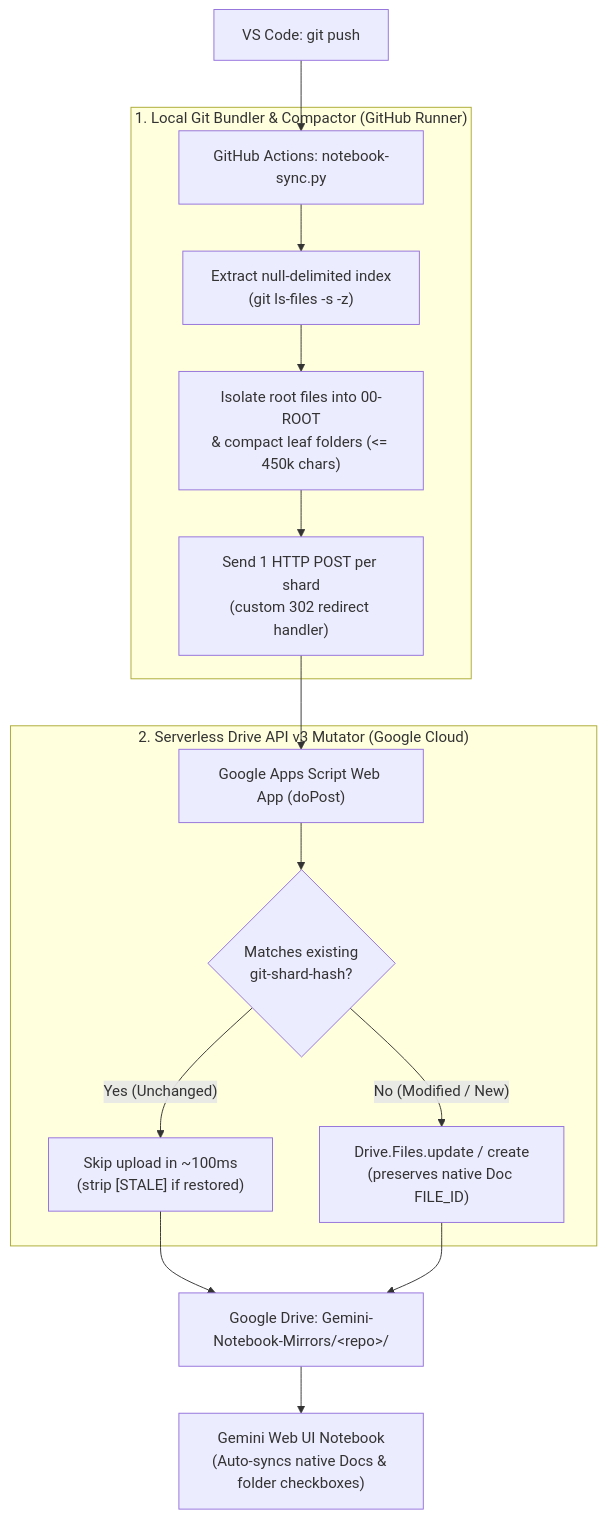
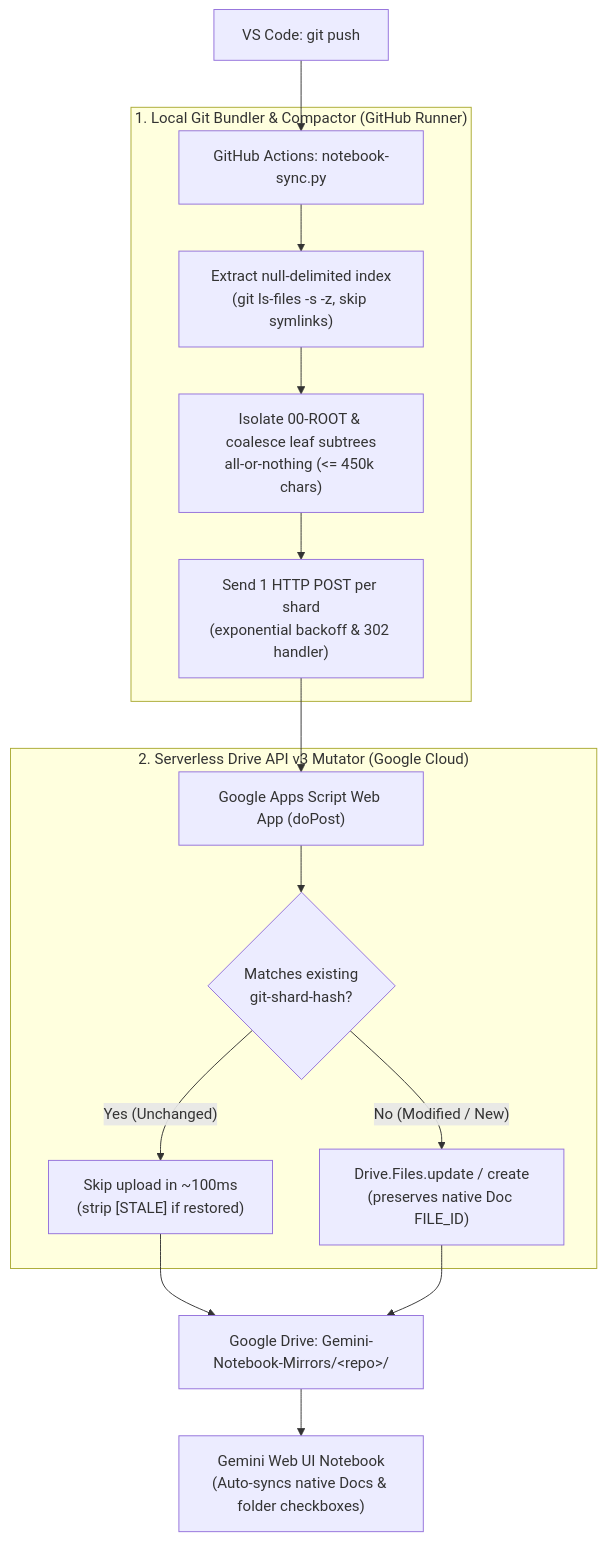
One commit to endean-eng/gemini-notebook-repo-sync changed the diagram in README.md. Above: the diagram before and after it, drawn with Mermaid. The commit also changed other lines of this file and 4 other files, not shown here.

````diff
--- a/README.md
+++ b/README.md
@@ -35,22 +35,22 @@
 ```mermaid
 flowchart TD
     Push["VS Code: git push"] --> GHA["GitHub Actions: notebook-sync.py"]
 
     subgraph Bundler ["1. Local Git Bundler & Compactor (GitHub Runner)"]
-        GHA --> GitIdx["Extract null-delimited index<br/>(git ls-files -s -z)"]
-        GitIdx --> RootIso["Isolate root files into 00-ROOT<br/>& compact leaf folders (<= 450k chars)"]
-        RootIso --> PostShard["Send 1 HTTP POST per shard<br/>(custom 302 redirect handler)"]
+        GHA --> GitIdx["Extract null-delimited index<br/>(git ls-files -s -z, skip symlinks)"]
+        GitIdx --> RootIso["Isolate 00-ROOT & coalesce leaf subtrees<br/>all-or-nothing (<= 450k chars)"]
+        RootIso --> PostShard["Send 1 HTTP POST per shard<br/>(exponential backoff & 302 handler)"]
     end
 
     PostShard --> GAS["Google Apps Script Web App (doPost)"]
 
     subgraph Receiver ["2. Serverless Drive API v3 Mutator (Google Cloud)"]
         GAS --> HashCheck{"Matches existing<br/>git-shard-hash?"}
         HashCheck -- "Yes (Unchanged)" --> Skip["Skip upload in ~100ms<br/>(strip [STALE] if restored)"]
         HashCheck -- "No (Modified / New)" --> Upsert["Drive.Files.update / create<br/>(preserves native Doc FILE_ID)"]
     end
 
     Skip --> DriveFolder["Google Drive: Gemini-Notebook-Mirrors/&lt;repo&gt;/"]
     Upsert --> DriveFolder
     DriveFolder --> Notebook["Gemini Web UI Notebook<br/>(Auto-syncs native Docs & folder checkboxes)"]
 ```
````
